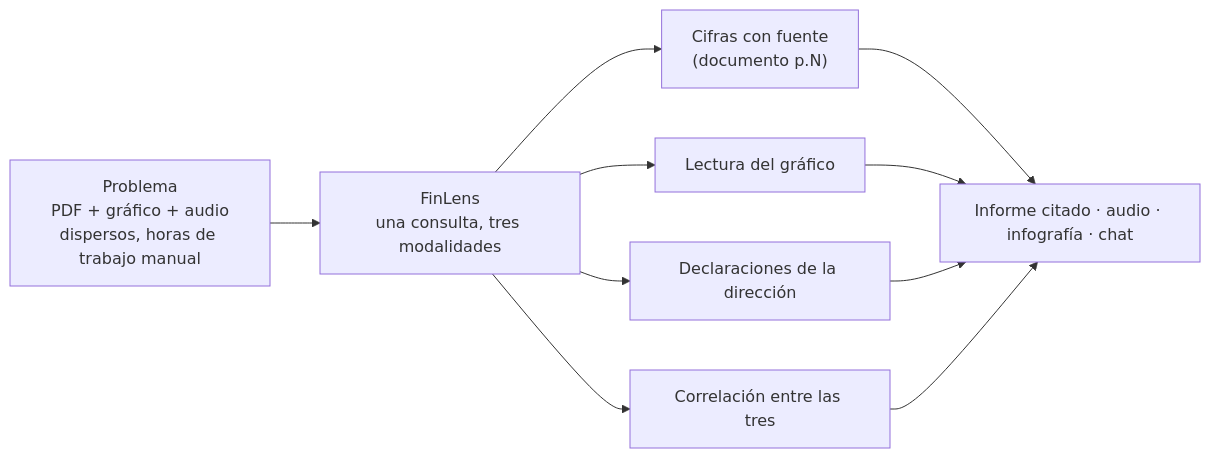
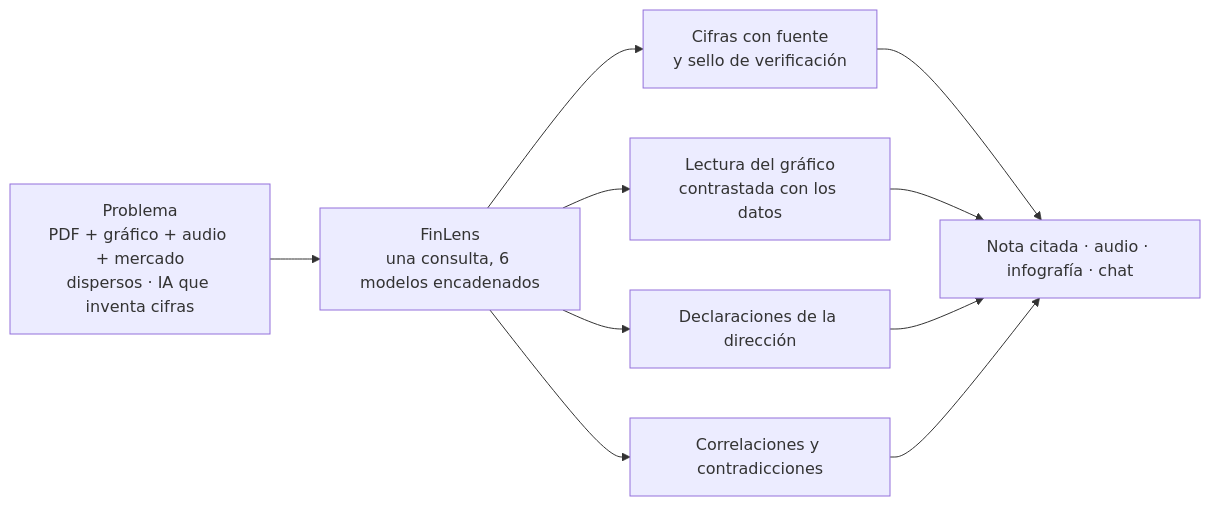
The first of 2 diagrams in README.md (MIAX-14-ARP/Master-MIAX-Tarea-Bloque5-Multimodales), drawn with Mermaid before and after one commit. The commit also changed other lines of this file and 43 other files, not shown here.

First line of the commit message:
Ronda 4: verificación de cifras precisa, ticker inválido, despliegue endurecido y README final (#5)

````diff
--- a/README.md
+++ b/README.md
@@ -31,9 +34,9 @@
 ```mermaid
 flowchart LR
-  P["Problema<br/>PDF + gráfico + audio<br/>dispersos, horas de trabajo manual"] --> S["FinLens<br/>una consulta, tres modalidades"]
-  S --> V1["Cifras con fuente<br/>(documento p.N)"]
-  S --> V2["Lectura del gráfico"]
+  P["Problema<br/>PDF + gráfico + audio + mercado<br/>dispersos · IA que inventa cifras"] --> S["FinLens<br/>una consulta, 6 modelos encadenados"]
+  S --> V1["Cifras con fuente<br/>y sello de verificación"]
+  S --> V2["Lectura del gráfico<br/>contrastada con los datos"]
   S --> V3["Declaraciones de la dirección"]
-  S --> V4["Correlación entre las tres"]
-  V1 & V2 & V3 & V4 --> O["Informe citado · audio · infografía · chat"]
+  S --> V4["Correlaciones y contradicciones"]
+  V1 & V2 & V3 & V4 --> O["Nota citada · audio · infografía · chat"]
 ```
````
